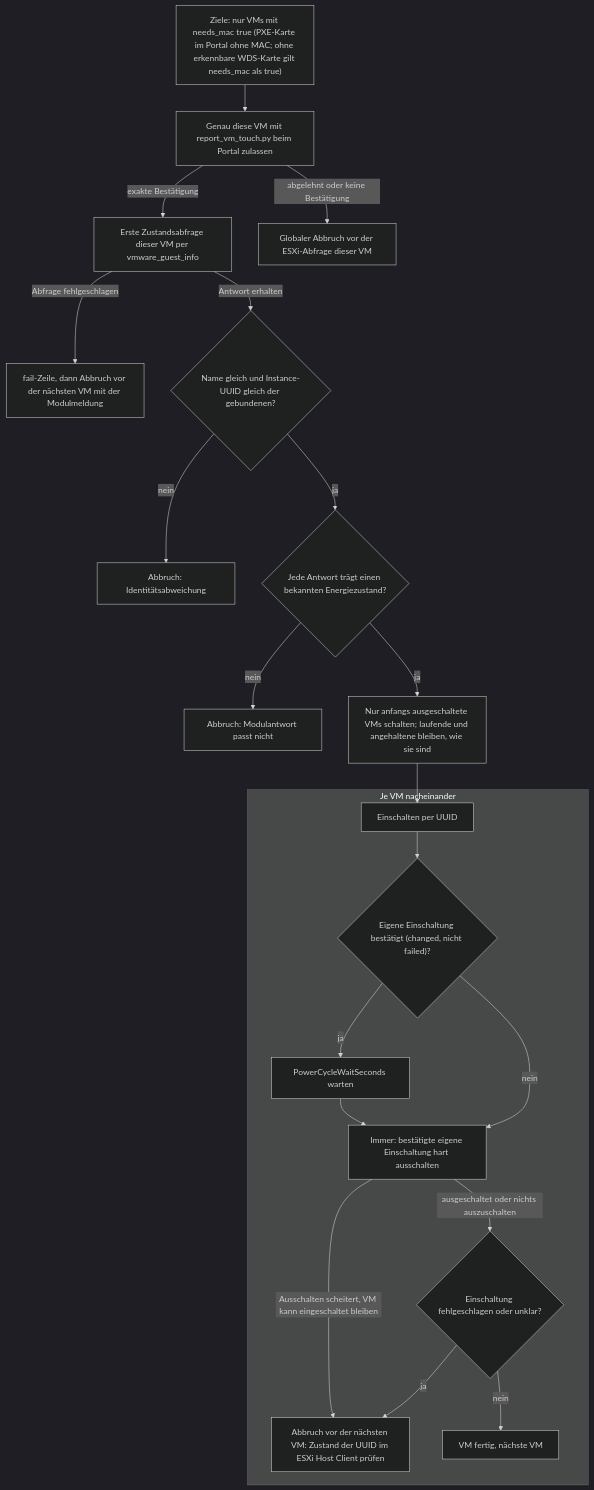
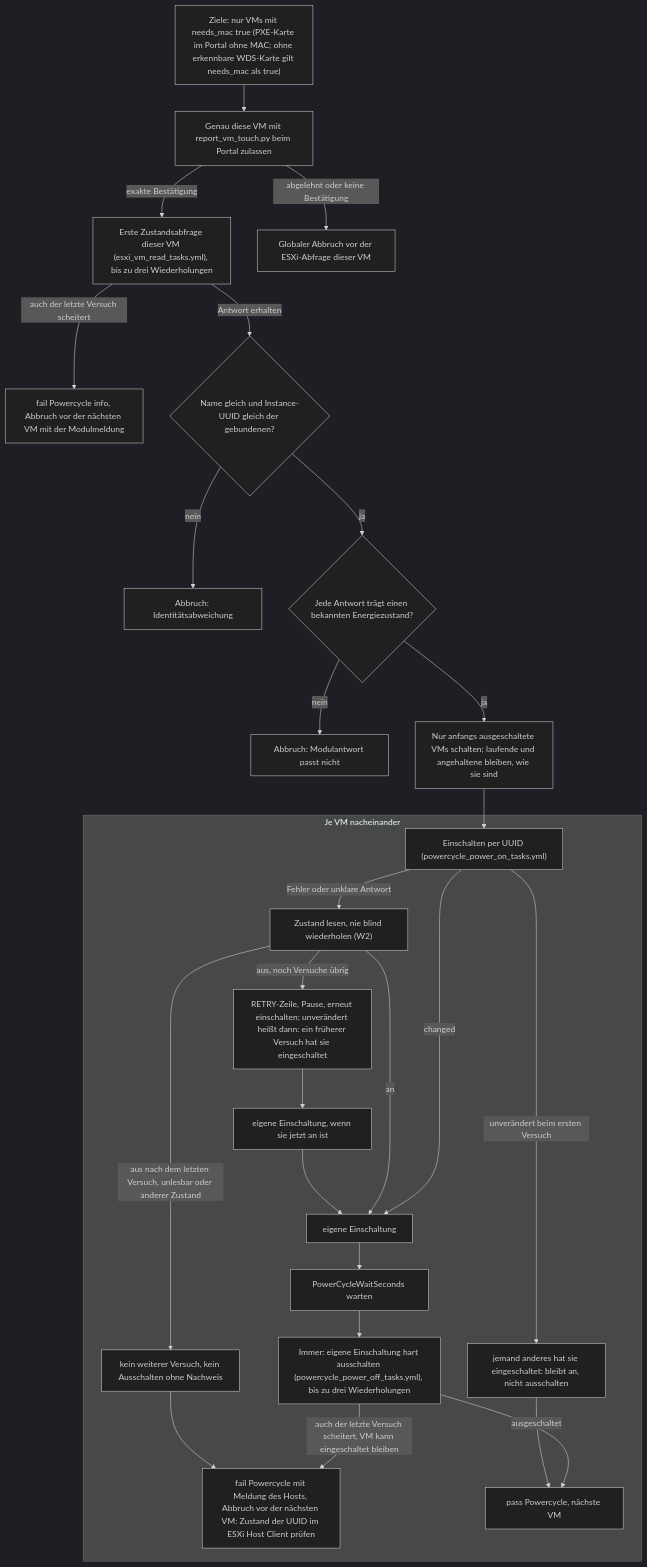
Diagram 13 of 18 in docs/operations/deploy-flows.md (Samy94M/VirtuSphere-v2-WebApp), drawn with Mermaid (dark theme) before and after one commit. The commit also changed other lines of this file and 48 other files, not shown here.

````diff
--- a/docs/operations/deploy-flows.md
+++ b/docs/operations/deploy-flows.md
@@ -444,23 +449,29 @@
 ```mermaid
 flowchart TD
   A["Ziele: nur VMs mit needs_mac true (PXE-Karte im Portal ohne MAC; ohne erkennbare WDS-Karte gilt needs_mac als true)"] --> B["Genau diese VM mit report_vm_touch.py beim Portal zulassen"]
-  B -->|exakte Bestätigung| C["Erste Zustandsabfrage dieser VM per vmware_guest_info"]
+  B -->|exakte Bestätigung| C["Erste Zustandsabfrage dieser VM (esxi_vm_read_tasks.yml), bis zu drei Wiederholungen"]
   B -->|abgelehnt oder keine Bestätigung| BR["Globaler Abbruch vor der ESXi-Abfrage dieser VM"]
-  C -->|Abfrage fehlgeschlagen| CQ["fail-Zeile, dann Abbruch vor der nächsten VM mit der Modulmeldung"]
+  C -->|auch der letzte Versuch scheitert| CQ["fail Powercycle info, Abbruch vor der nächsten VM mit der Modulmeldung"]
   C -->|Antwort erhalten| D{"Name gleich und Instance-UUID gleich der gebundenen?"}
   D -->|nein| CX["Abbruch: Identitätsabweichung"]
   D -->|ja| E{"Jede Antwort trägt einen bekannten Energiezustand?"}
   E -->|nein| DX["Abbruch: Modulantwort passt nicht"]
   E -->|ja| F["Nur anfangs ausgeschaltete VMs schalten; laufende und angehaltene bleiben, wie sie sind"]
   subgraph JE["Je VM nacheinander"]
-    G["Einschalten per UUID"] --> H{"Eigene Einschaltung bestätigt (changed, nicht failed)?"}
-    H -->|ja| I["PowerCycleWaitSeconds warten"]
-    I --> J["Immer: bestätigte eigene Einschaltung hart ausschalten"]
-    H -->|nein| J
-    J -->|Ausschalten scheitert, VM kann eingeschaltet bleiben| KX
-    J -->|ausgeschaltet oder nichts auszuschalten| K{"Einschaltung fehlgeschlagen oder unklar?"}
-    K -->|ja| KX["Abbruch vor der nächsten VM: Zustand der UUID im ESXi Host Client prüfen"]
-    K -->|nein| KP["VM fertig, nächste VM"]
+    G["Einschalten per UUID (powercycle_power_on_tasks.yml)"] -->|changed| GS["eigene Einschaltung"]
+    G -->|unverändert beim ersten Versuch| GE["jemand anderes hat sie eingeschaltet: bleibt an, nicht ausschalten"]
+    G -->|Fehler oder unklare Antwort| GR["Zustand lesen, nie blind wiederholen (W2)"]
+    GR -->|an| GS
+    GR -->|aus, noch Versuche übrig| GW["RETRY-Zeile, Pause, erneut einschalten; unverändert heißt dann: ein früherer Versuch hat sie eingeschaltet"]
+    GW --> GWS["eigene Einschaltung, wenn sie jetzt an ist"]
+    GWS --> GS
+    GR -->|aus nach dem letzten Versuch, unlesbar oder anderer Zustand| GF["kein weiterer Versuch, kein Ausschalten ohne Nachweis"]
+    GS --> I["PowerCycleWaitSeconds warten"]
+    I --> J["Immer: eigene Einschaltung hart ausschalten (powercycle_power_off_tasks.yml), bis zu drei Wiederholungen"]
+    J -->|auch der letzte Versuch scheitert, VM kann eingeschaltet bleiben| KX
+    J -->|ausgeschaltet| KP["pass Powercycle, nächste VM"]
+    GE --> KP
+    GF --> KX["fail Powercycle mit Meldung des Hosts, Abbruch vor der nächsten VM: Zustand der UUID im ESXi Host Client prüfen"]
   end
   F --> G
 ```
````
